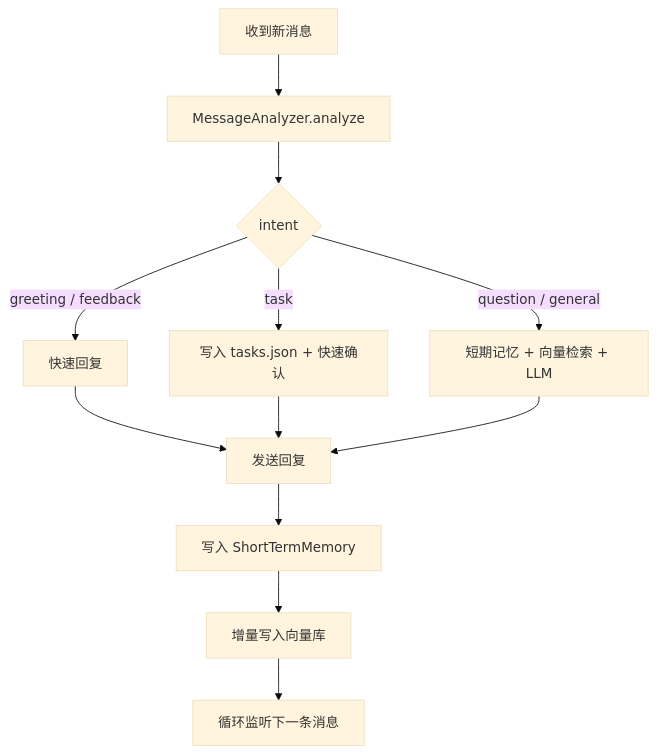
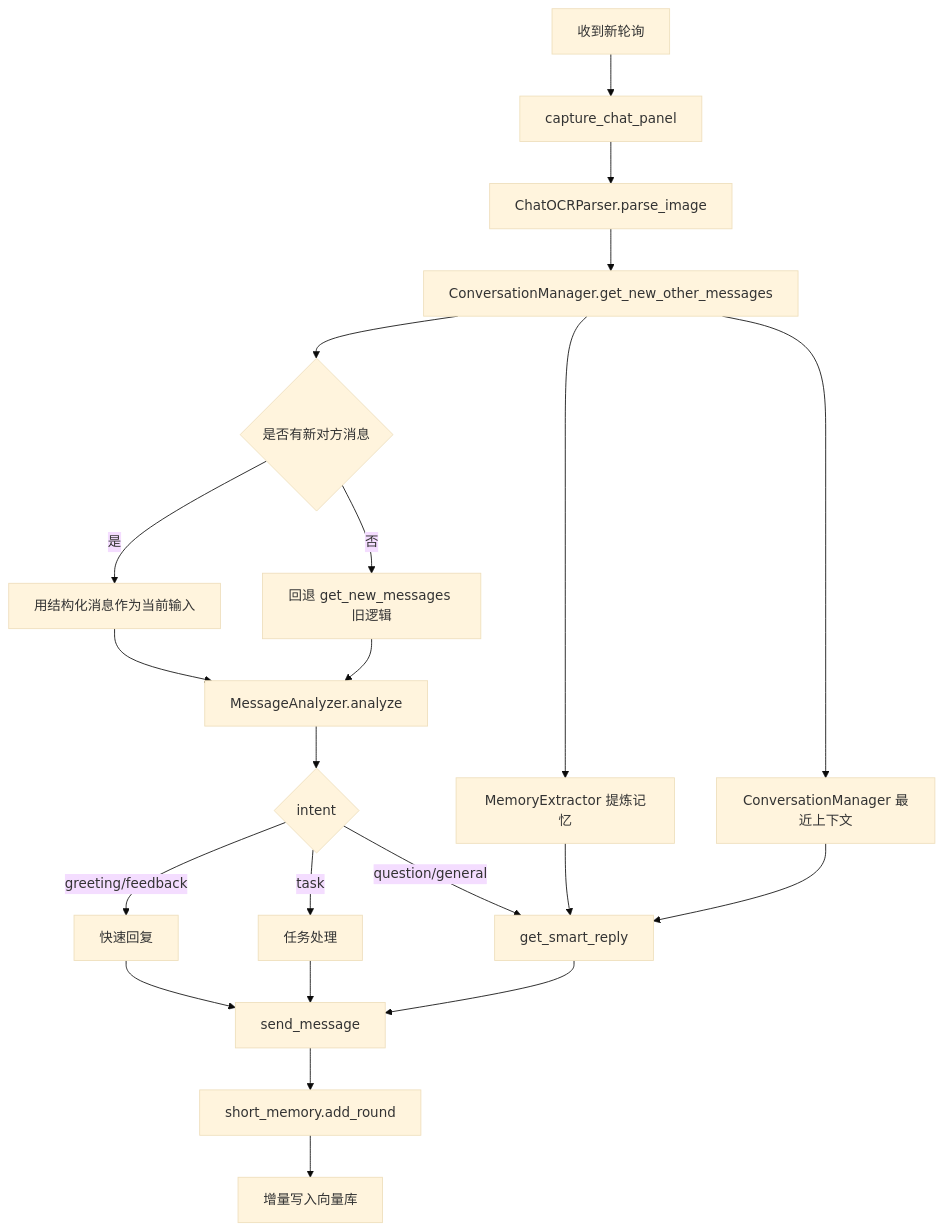
The second of 2 diagrams in docs/README.md (YaraYou/reply-simple-wechat), drawn with Mermaid (base theme) before and after one commit. The commit also changed other lines of this file and 12 other files, not shown here.

````diff
--- a/docs/README.md
+++ b/docs/README.md
@@ -66,17 +71,29 @@
 ```mermaid
 flowchart TD
-  A[收到新消息] --> B[MessageAnalyzer.analyze]
-  B --> C{intent}
+  A[收到新轮询] --> B[capture_chat_panel]
+  B --> C[ChatOCRParser.parse_image]
+  C --> D[ConversationManager.get_new_other_messages]
+  D --> E{是否有新对方消息}
 
-  C -->|greeting / feedback| D[快速回复]
-  C -->|task| E[写入 tasks.json + 快速确认]
-  C -->|question / general| F[短期记忆 + 向量检索 + LLM]
+  E -->|是| F[用结构化消息作为当前输入]
+  E -->|否| G[回退 get_new_messages 旧逻辑]
 
-  D --> G[发送回复]
-  E --> G
-  F --> G
+  F --> H[MessageAnalyzer.analyze]
+  G --> H
 
-  G --> H[写入 ShortTermMemory]
-  H --> I[增量写入向量库]
-  I --> J[循环监听下一条消息]
+  H --> I{intent}
+  I -->|greeting/feedback| J[快速回复]
+  I -->|task| K[任务处理]
+  I -->|question/general| L[get_smart_reply]
+
+  D --> M[MemoryExtractor 提炼记忆]
+  D --> N[ConversationManager 最近上下文]
+  M --> L
+  N --> L
+
+  J --> O[send_message]
+  K --> O
+  L --> O
+  O --> P[short_memory.add_round]
+  P --> Q[增量写入向量库]
 ```
````
